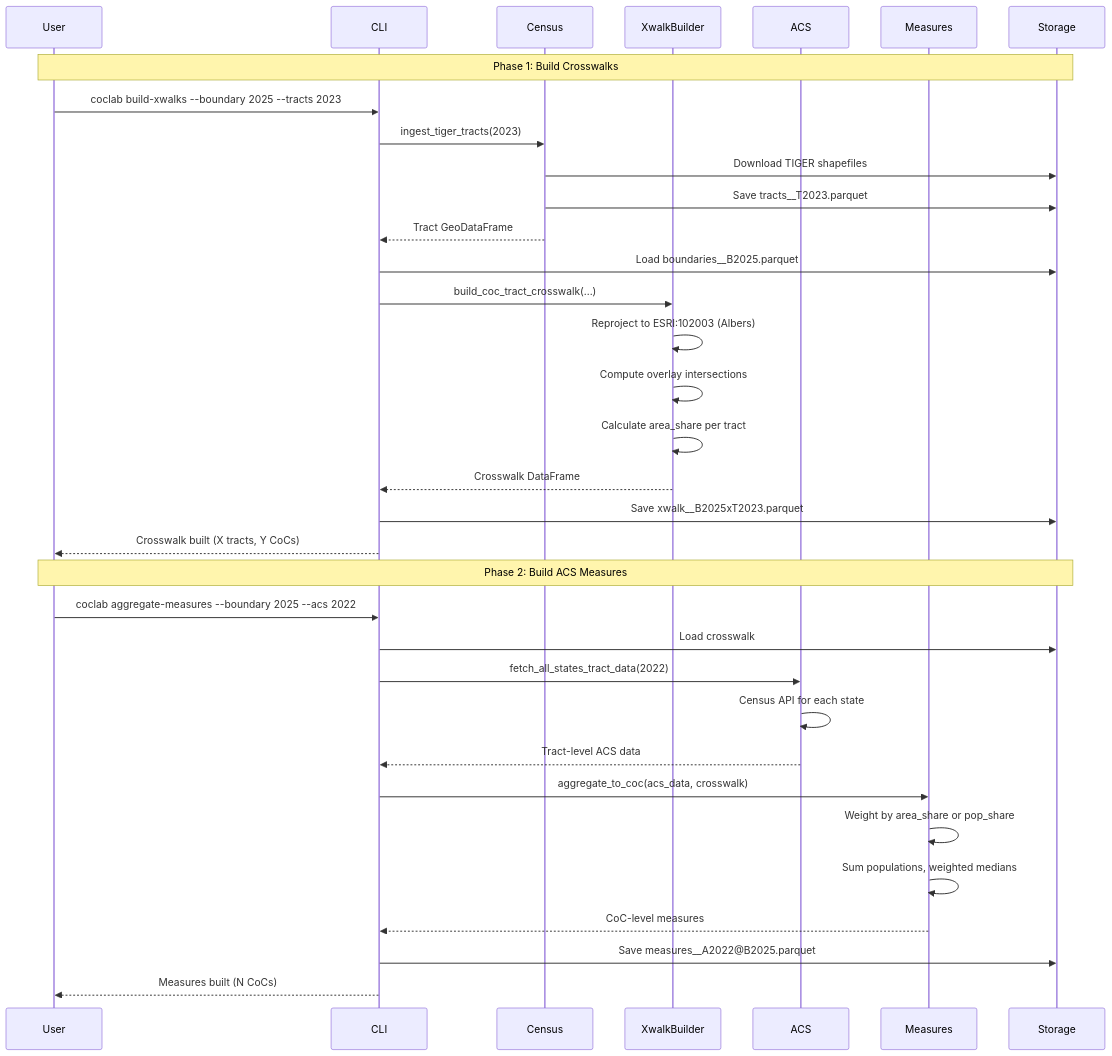
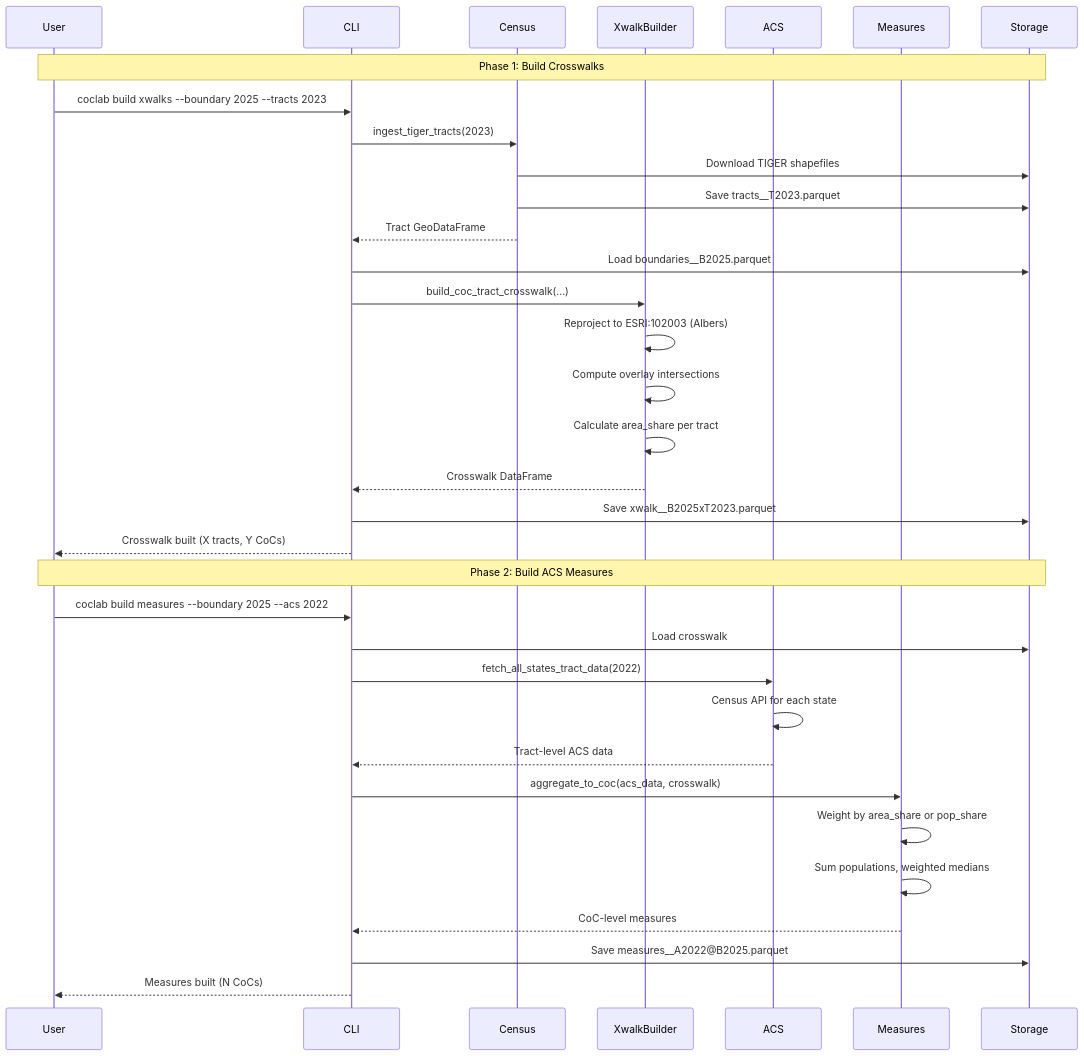
One commit to mlmcconnell1/CoC-Lab changed the fourth of 4 diagrams in manual-obsidian/08-Workflows.md. Above: the diagram before and after it, drawn with Mermaid. The commit also changed other lines of this file and 16 other files, not shown here.

````diff
--- a/manual-obsidian/08-Workflows.md
+++ b/manual-obsidian/08-Workflows.md
@@ -77,38 +77,38 @@
 ```mermaid
 sequenceDiagram
     participant User
     participant CLI
     participant Census
     participant XwalkBuilder
     participant ACS
     participant Measures
     participant Storage
 
     Note over User,Storage: Phase 1: Build Crosswalks
-    User->>CLI: coclab build-xwalks --boundary 2025 --tracts 2023
+    User->>CLI: coclab build xwalks --boundary 2025 --tracts 2023
     CLI->>Census: ingest_tiger_tracts(2023)
     Census->>Storage: Download TIGER shapefiles
     Census->>Storage: Save tracts__T2023.parquet
     Census-->>CLI: Tract GeoDataFrame
     CLI->>Storage: Load boundaries__B2025.parquet
     CLI->>XwalkBuilder: build_coc_tract_crosswalk(...)
     XwalkBuilder->>XwalkBuilder: Reproject to ESRI:102003 (Albers)
     XwalkBuilder->>XwalkBuilder: Compute overlay intersections
     XwalkBuilder->>XwalkBuilder: Calculate area_share per tract
     XwalkBuilder-->>CLI: Crosswalk DataFrame
     CLI->>Storage: Save xwalk__B2025xT2023.parquet
     CLI-->>User: Crosswalk built (X tracts, Y CoCs)
 
     Note over User,Storage: Phase 2: Build ACS Measures
-    User->>CLI: coclab aggregate-measures --boundary 2025 --acs 2022
+    User->>CLI: coclab build measures --boundary 2025 --acs 2022
     CLI->>Storage: Load crosswalk
     CLI->>ACS: fetch_all_states_tract_data(2022)
     ACS->>ACS: Census API for each state
     ACS-->>CLI: Tract-level ACS data
     CLI->>Measures: aggregate_to_coc(acs_data, crosswalk)
     Measures->>Measures: Weight by area_share or pop_share
     Measures->>Measures: Sum populations, weighted medians
     Measures-->>CLI: CoC-level measures
     CLI->>Storage: Save measures__A2022@B2025.parquet
     CLI-->>User: Measures built (N CoCs)
 ```
````
